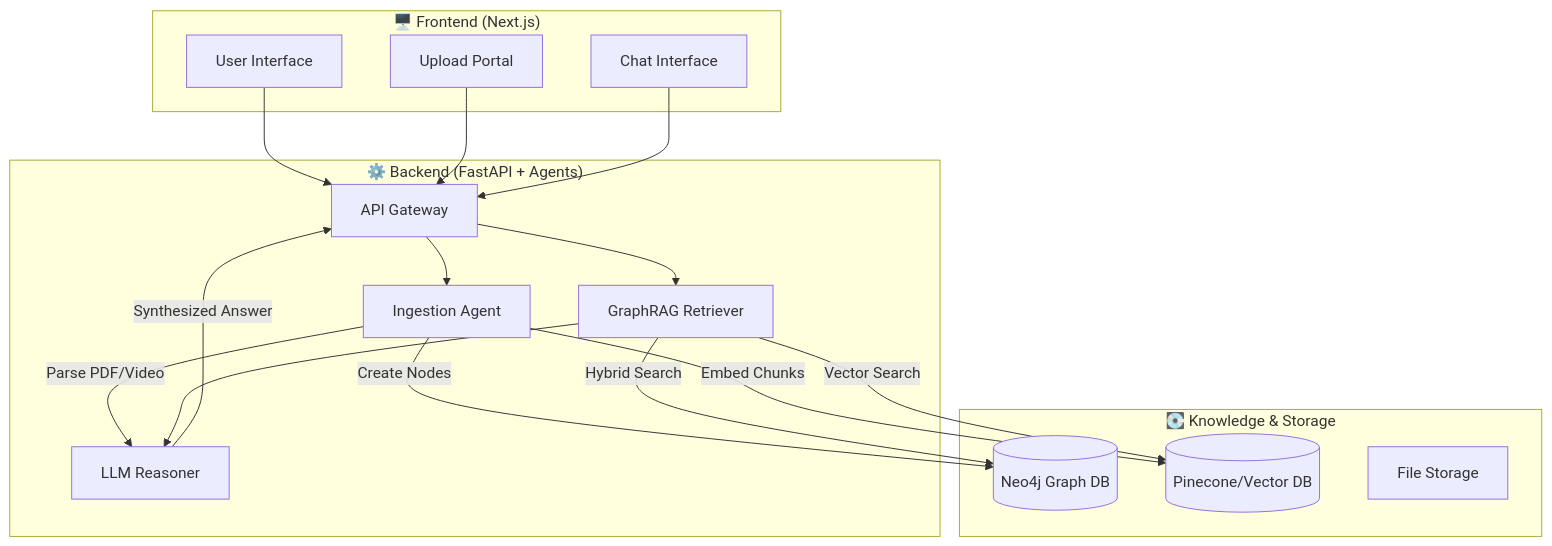
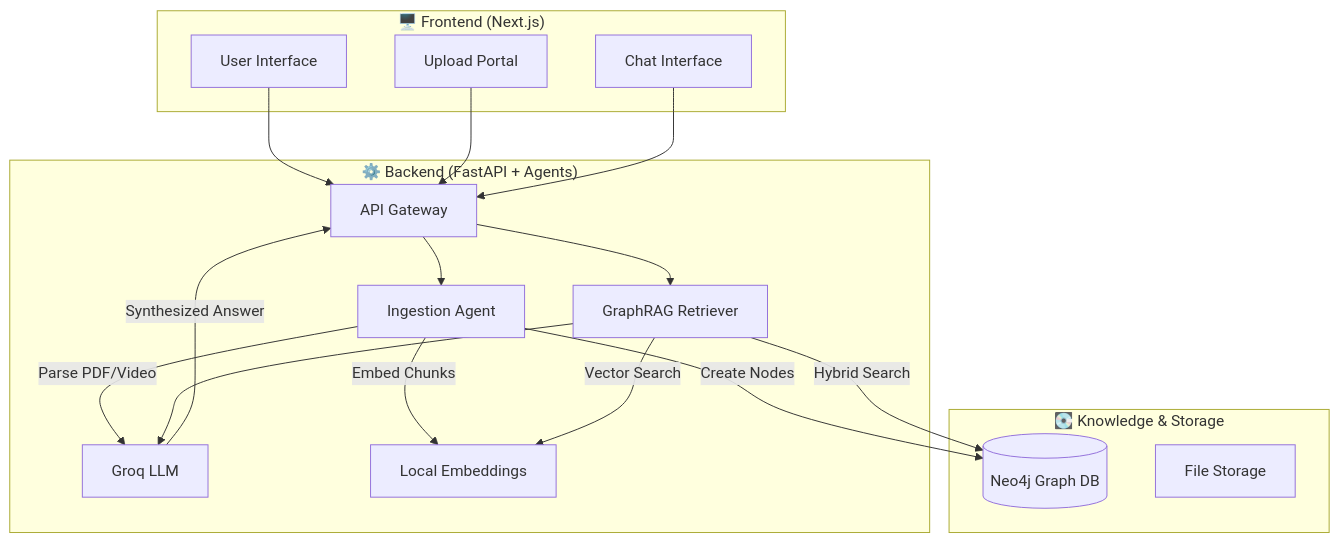
Before and after one commit to Diluksha-Upeka/Neurospace: the second of 3 diagrams in README.md, drawn with Mermaid. The commit also changed other lines of this file and 2 other files, not shown here.

Commit message:
.gitignore to include additional media file types; modify GraphService to optimize path extraction parameters

````diff
--- a/README.md
+++ b/README.md
@@ -45,39 +47,39 @@
 ```mermaid
 graph TD
   subgraph Client ["🖥️ Frontend (Next.js)"]
     UI[User Interface]
     Upload[Upload Portal]
     Chat[Chat Interface]
   end
 
   subgraph Server ["⚙️ Backend (FastAPI + Agents)"]
     API[API Gateway]
     Ingest[Ingestion Agent]
     Retriever[GraphRAG Retriever]
-    LLM[LLM Reasoner]
+    Groq[Groq LLM]
+    Embed[Local Embeddings]
   end
 
   subgraph Data ["💽 Knowledge & Storage"]
     Neo4j[(Neo4j Graph DB)]
-    Vector[(Pinecone/Vector DB)]
     Storage[File Storage]
   end
 
   %% Flows
   UI --> API
   Upload --> API
   Chat --> API
 
   API --> Ingest
   API --> Retriever
     
-  Ingest -->|Parse PDF/Video| LLM
+  Ingest -->|Parse PDF/Video| Groq
   Ingest -->|Create Nodes| Neo4j
-  Ingest -->|Embed Chunks| Vector
+  Ingest -->|Embed Chunks| Embed
     
   Retriever -->|Hybrid Search| Neo4j
-  Retriever -->|Vector Search| Vector
-  Retriever --> LLM
+  Retriever -->|Vector Search| Embed
+  Retriever --> Groq
     
-  LLM -->|Synthesized Answer| API
+  Groq -->|Synthesized Answer| API
 ```
````
